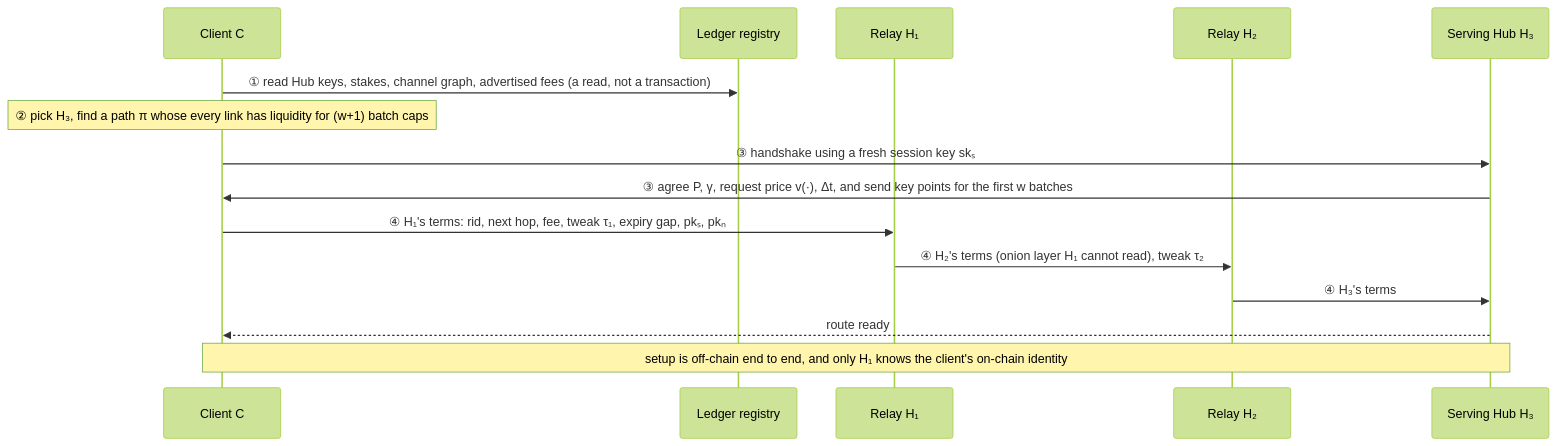
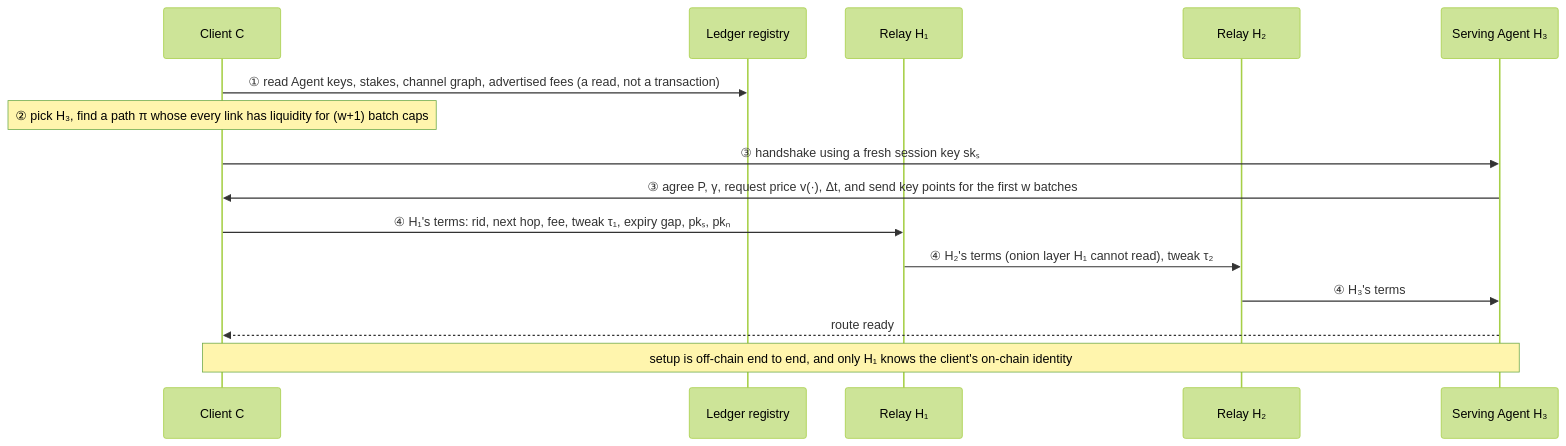
The fourth of 27 diagrams in specroute_paper_draft.md (MDOmerDanish/project-idea), drawn with Mermaid (forest theme) before and after one commit. The commit also changed other lines of this file, not shown here.

````diff
--- a/specroute_paper_draft.md
+++ b/specroute_paper_draft.md
@@ -152,17 +154,17 @@
 ```mermaid
 sequenceDiagram
     participant C as Client C
     participant R as Ledger registry
     participant H1 as Relay H₁
     participant H2 as Relay H₂
-    participant H3 as Serving Hub H₃
-    C->>R: ① read Hub keys, stakes, channel graph, advertised fees (a read, not a transaction)
+    participant H3 as Serving Agent H₃
+    C->>R: ① read Agent keys, stakes, channel graph, advertised fees (a read, not a transaction)
     Note over C: ② pick H₃, find a path π whose every link has liquidity for (w+1) batch caps
     C->>H3: ③ handshake using a fresh session key skₛ
     H3->>C: ③ agree P, γ, request price v(·), Δt, and send key points for the first w batches
     C->>H1: ④ H₁'s terms: rid, next hop, fee, tweak τ₁, expiry gap, pkₛ, pkₙ
     H1->>H2: ④ H₂'s terms (onion layer H₁ cannot read), tweak τ₂
     H2->>H3: ④ H₃'s terms
     H3-->>C: route ready
     Note over C,H3: setup is off-chain end to end, and only H₁ knows the client's on-chain identity
 ```
````
